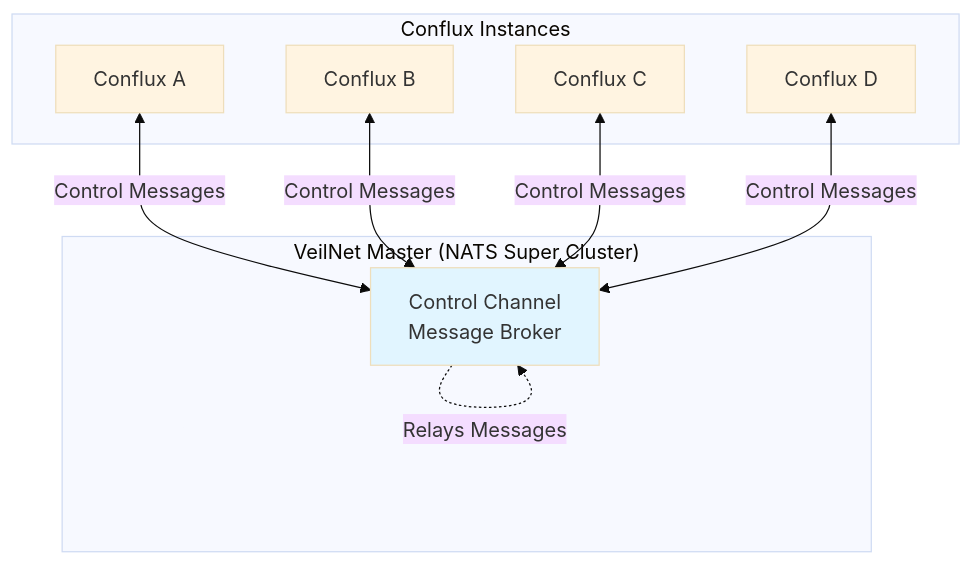
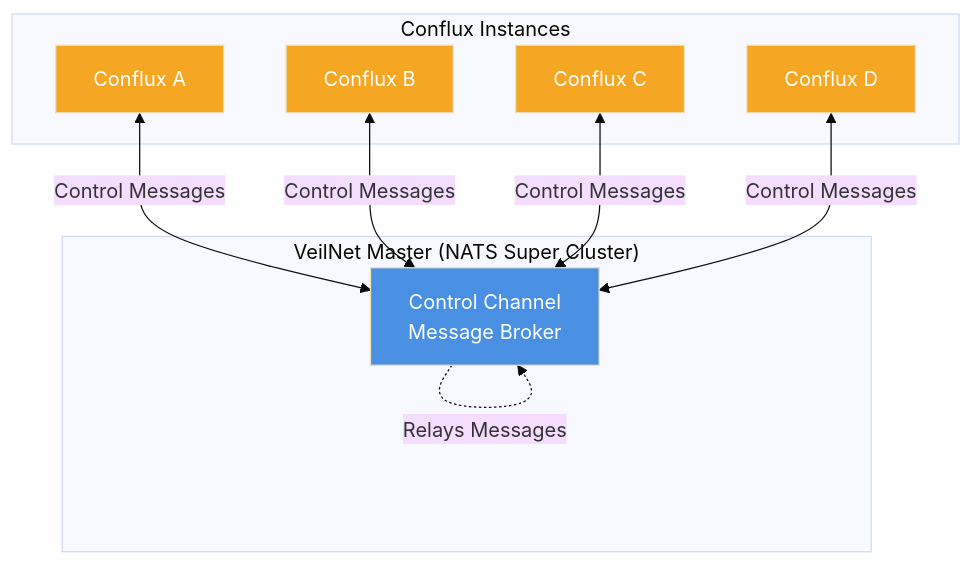
Before and after one commit to wjs-529/conflux: the first of 6 diagrams in README.md, drawn with Mermaid (base theme). The commit also changed other lines of this file, not shown here.

````diff
--- a/README.md
+++ b/README.md
@@ -45,26 +45,26 @@
 ```mermaid
 graph TB
     subgraph "VeilNet Master (NATS Super Cluster)"
         Master[Control Channel<br/>Message Broker]
     end
     
     subgraph "Conflux Instances"
         C1[Conflux A]
         C2[Conflux B]
         C3[Conflux C]
         C4[Conflux D]
     end
     
     C1 <-->|Control Messages| Master
     C2 <-->|Control Messages| Master
     C3 <-->|Control Messages| Master
     C4 <-->|Control Messages| Master
     
     Master -.->|Relays Messages| Master
     
-    style Master fill:#e1f5ff
-    style C1 fill:#fff4e1
-    style C2 fill:#fff4e1
-    style C3 fill:#fff4e1
-    style C4 fill:#fff4e1
+    style Master fill:#4a90e2,color:#fff
+    style C1 fill:#f5a623,color:#fff
+    style C2 fill:#f5a623,color:#fff
+    style C3 fill:#f5a623,color:#fff
+    style C4 fill:#f5a623,color:#fff
 ```
````
